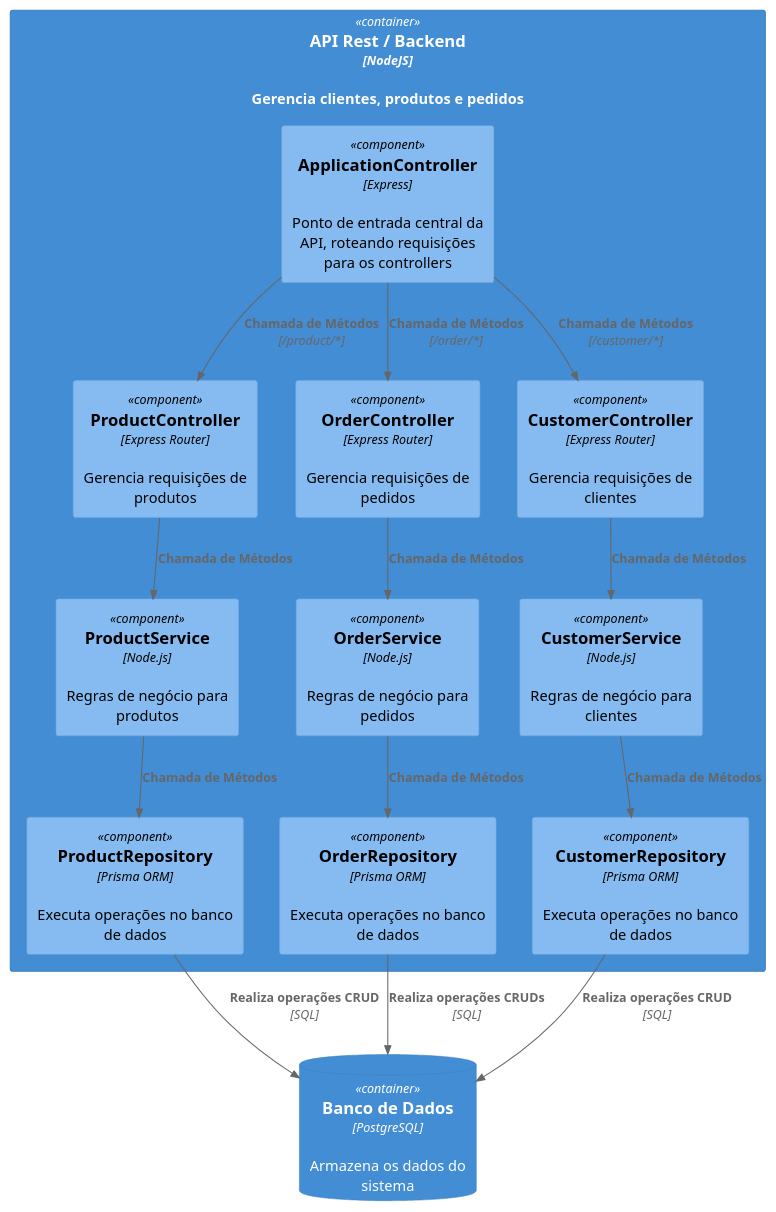
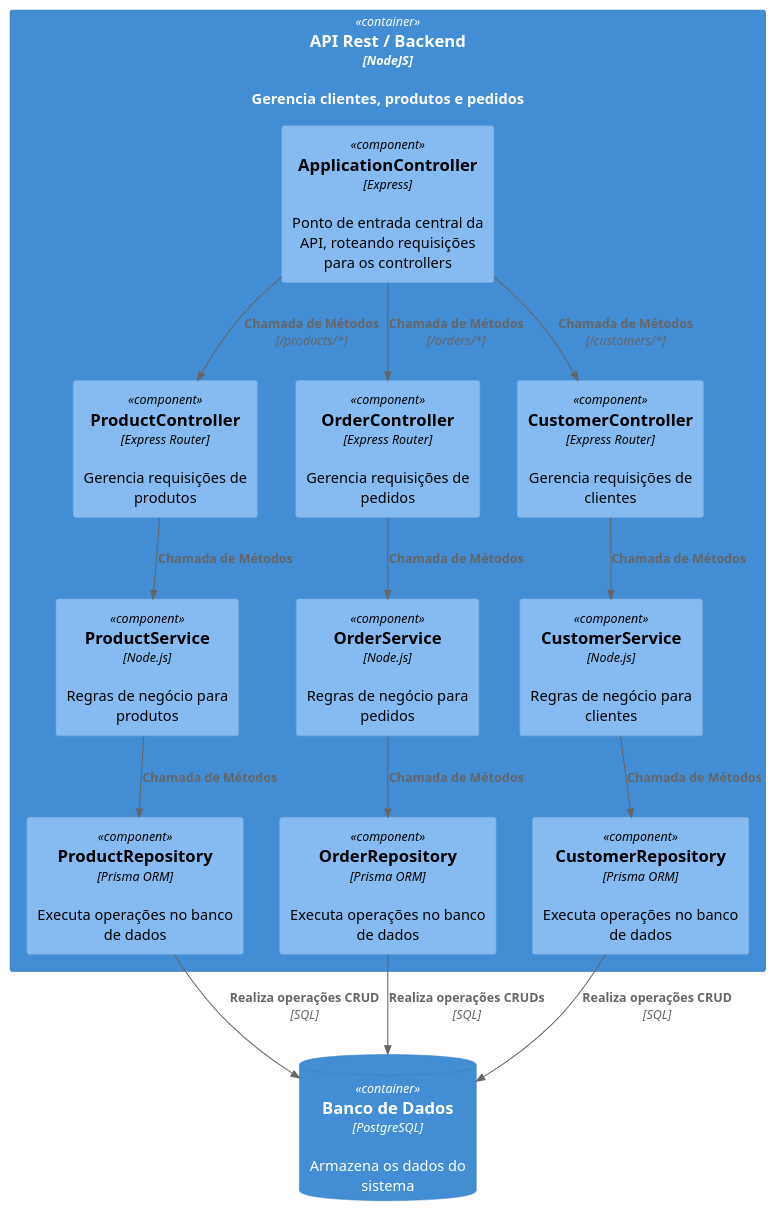
Before and after one commit to xgustavoh/pos-xp-desf5: the diagram in docs/diagrams/Component.puml, drawn with PlantUML. The commit also changed 2 other files, not shown here.

Commit message:
feat: code diagram

```diff
--- a/docs/diagrams/Component.puml
+++ b/docs/diagrams/Component.puml
@@ -1,45 +1,45 @@
 @startuml VendaOnlineComponent
 !includeurl https://raw.githubusercontent.com/plantuml-stdlib/C4-PlantUML/master/C4_Component.puml
 
 Container(api, "API Rest / Backend", "NodeJS", "Gerencia clientes, produtos e pedidos") {
   ' Controllers
   Component(appController, "ApplicationController", "Express", "Ponto de entrada central da API, roteando requisições para os controllers")
   Component(productController, "ProductController", "Express Router", "Gerencia requisições de produtos")
   Component(orderController, "OrderController", "Express Router", "Gerencia requisições de pedidos")
   Component(customerController, "CustomerController", "Express Router", "Gerencia requisições de clientes")
 
   ' Services
   Component(productService, "ProductService", "Node.js", "Regras de negócio para produtos")
   Component(orderService, "OrderService", "Node.js", "Regras de negócio para pedidos")
   Component(customerService, "CustomerService", "Node.js", "Regras de negócio para clientes")
 
   ' Repositories
   Component(productRepository, "ProductRepository", "Prisma ORM", "Executa operações no banco de dados")
   Component(orderRepository, "OrderRepository", "Prisma ORM", "Executa operações no banco de dados")
   Component(customerRepository, "CustomerRepository", "Prisma ORM", "Executa operações no banco de dados")
 }
 
 ' Banco de Dados
 ContainerDb(database, "Banco de Dados", "PostgreSQL", "Armazena os dados do sistema")
 
 ' Relacionamentos App -> Controllers
-Rel(appController, productController, "Chamada de Métodos", "/product/*")
-Rel(appController, orderController, "Chamada de Métodos", "/order/*")
-Rel(appController, customerController, "Chamada de Métodos", "/customer/*")
+Rel(appController, productController, "Chamada de Métodos", "/products/*")
+Rel(appController, orderController, "Chamada de Métodos", "/orders/*")
+Rel(appController, customerController, "Chamada de Métodos", "/customers/*")
 
 ' Relacionamentos Controllers -> Services
 Rel(productController, productService, "Chamada de Métodos")
 Rel(orderController, orderService, "Chamada de Métodos")
 Rel(customerController, customerService, "Chamada de Métodos")
 
 ' Relacionamentos Services -> Repositories
 Rel(productService, productRepository, "Chamada de Métodos")
 Rel(orderService, orderRepository, "Chamada de Métodos")
 Rel(customerService, customerRepository, "Chamada de Métodos")
 
 ' Relacionamentos Repositories -> Database
 Rel(productRepository, database, "Realiza operações CRUD", "SQL")
 Rel(orderRepository, database, "Realiza operações CRUDs", "SQL")
 Rel(customerRepository, database, "Realiza operações CRUD", "SQL")
 
 @enduml
```
